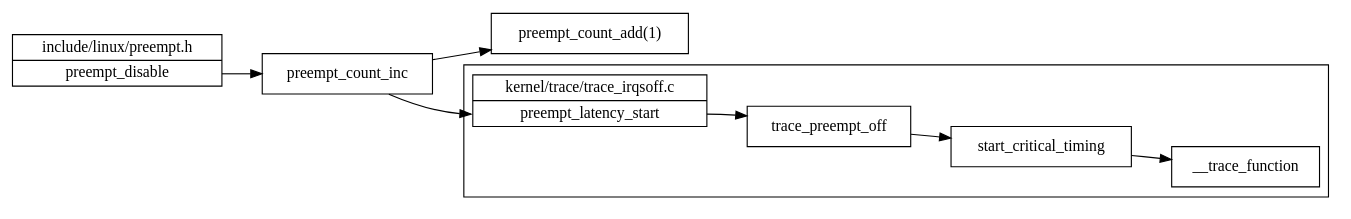
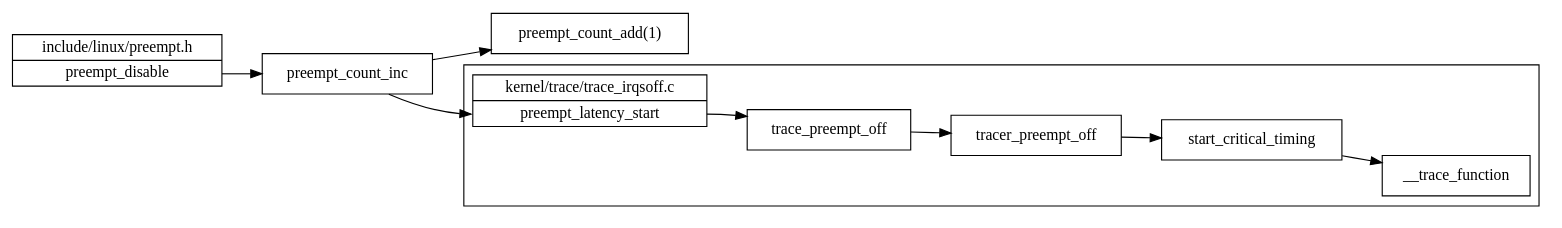
One commit to freelancer-leon/notes changed the diagram in kernel/trace/ftrace-design.md. Above: the diagram before and after it, drawn with Graphviz. The commit also changed other lines of this file and 15 other files, not shown here.

````diff
--- a/kernel/trace/ftrace-design.md
+++ b/kernel/trace/ftrace-design.md
@@ -384,37 +388,38 @@
 ```dot
 // engine:dot
 digraph G {
 	rankdir="LR";
 	node [shape="record"];
 	preempt_disable[label="<f0> include/linux/preempt.h | <f1> preempt_disable"];
 	preempt_count_add[label="preempt_count_add(1)"];
   preempt_latency_start[label="<f0> kernel/trace/trace_irqsoff.c | <f1> preempt_latency_start"];
 	trace_preempt_off;
+	tracer_preempt_off;
 	start_critical_timing;
 	__trace_function;
 
 	preempt_disable:f1 -> preempt_count_inc -> preempt_count_add;
 	preempt_count_inc -> preempt_latency_start:f1;
 
 	subgraph cluster1 {
 		node[shape="point", width=0, height=0];
 		{
 			edge[arrowhead="none", penwidth=0];
 		  preempt_latency_start:f1 -> s01 -> s02 -> s03;
 		}
 		{
 			edge[arrowhead="none", penwidth=0];
 		  s10 -> trace_preempt_off -> s12 -> s13;
 		}
 		{
 			edge[arrowhead="none", penwidth=0];
 			s20 -> s21 -> start_critical_timing -> s23;
 		}
 		{
 			edge[arrowhead="none", penwidth=0];
 			s30 -> s31 -> s32 -> __trace_function;
 		}
-		preempt_latency_start:f1 -> trace_preempt_off -> start_critical_timing -> __trace_function;
+		preempt_latency_start:f1 -> trace_preempt_off -> tracer_preempt_off -> start_critical_timing -> __trace_function;
 	}
 }
 ```
````
